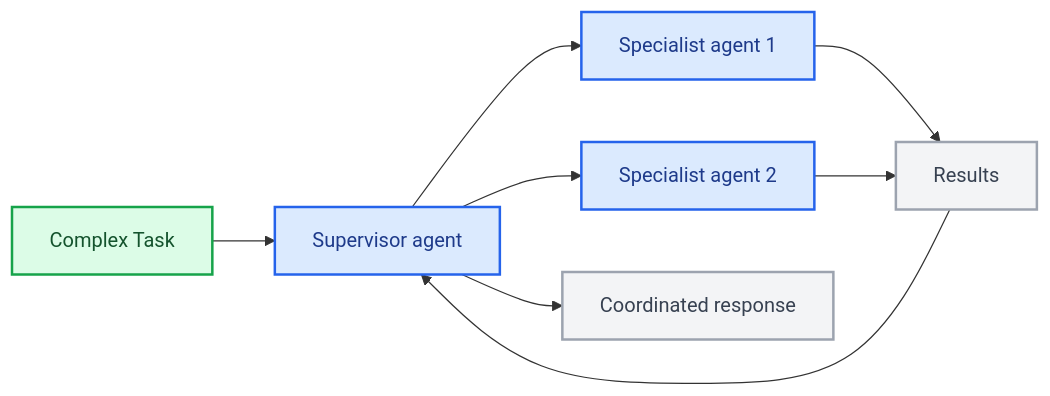
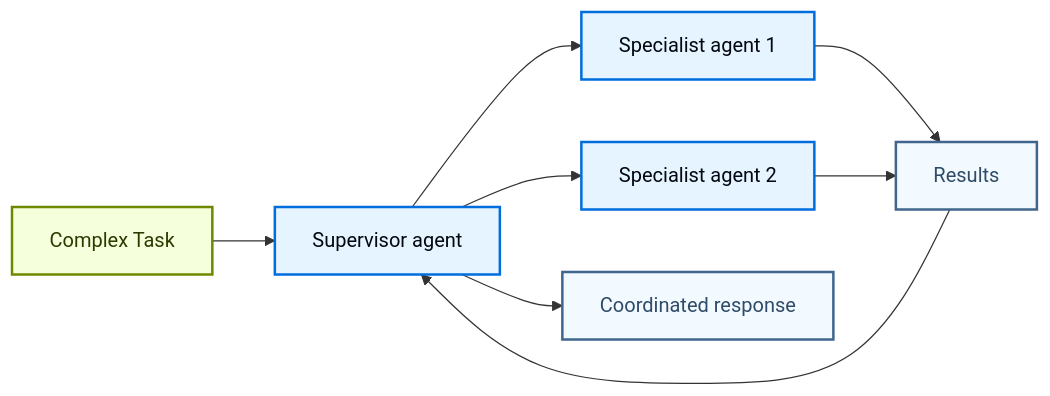
The fourth of 4 diagrams in build/oss/javascript/langchain/component-architecture.mdx (meirk-brd/docs), drawn with Mermaid before and after one commit. The commit also changed other lines of this file and 111 other files, not shown here.

````diff
--- a/build/oss/javascript/langchain/component-architecture.mdx
+++ b/build/oss/javascript/langchain/component-architecture.mdx
@@ -130,18 +130,18 @@
 ```mermaid
 graph LR
     A[Complex Task] --> B[Supervisor agent]
     B --> C[Specialist agent 1]
     B --> D[Specialist agent 2]
     C --> E[Results]
     D --> E
     E --> B
     B --> F[Coordinated response]
 
-    classDef trigger fill:#DCFCE7,stroke:#16A34A,stroke-width:2px,color:#14532D
-    classDef process fill:#DBEAFE,stroke:#2563EB,stroke-width:2px,color:#1E3A8A
-    classDef neutral fill:#F3F4F6,stroke:#9CA3AF,stroke-width:2px,color:#374151
+    classDef trigger fill:#F6FFDB,stroke:#6E8900,stroke-width:2px,color:#2E3900
+    classDef process fill:#E5F4FF,stroke:#006DDD,stroke-width:2px,color:#030710
+    classDef neutral fill:#F2FAFF,stroke:#40668D,stroke-width:2px,color:#2F4B68
 
     class A trigger
     class B,C,D process
     class E,F neutral
 ```
````
